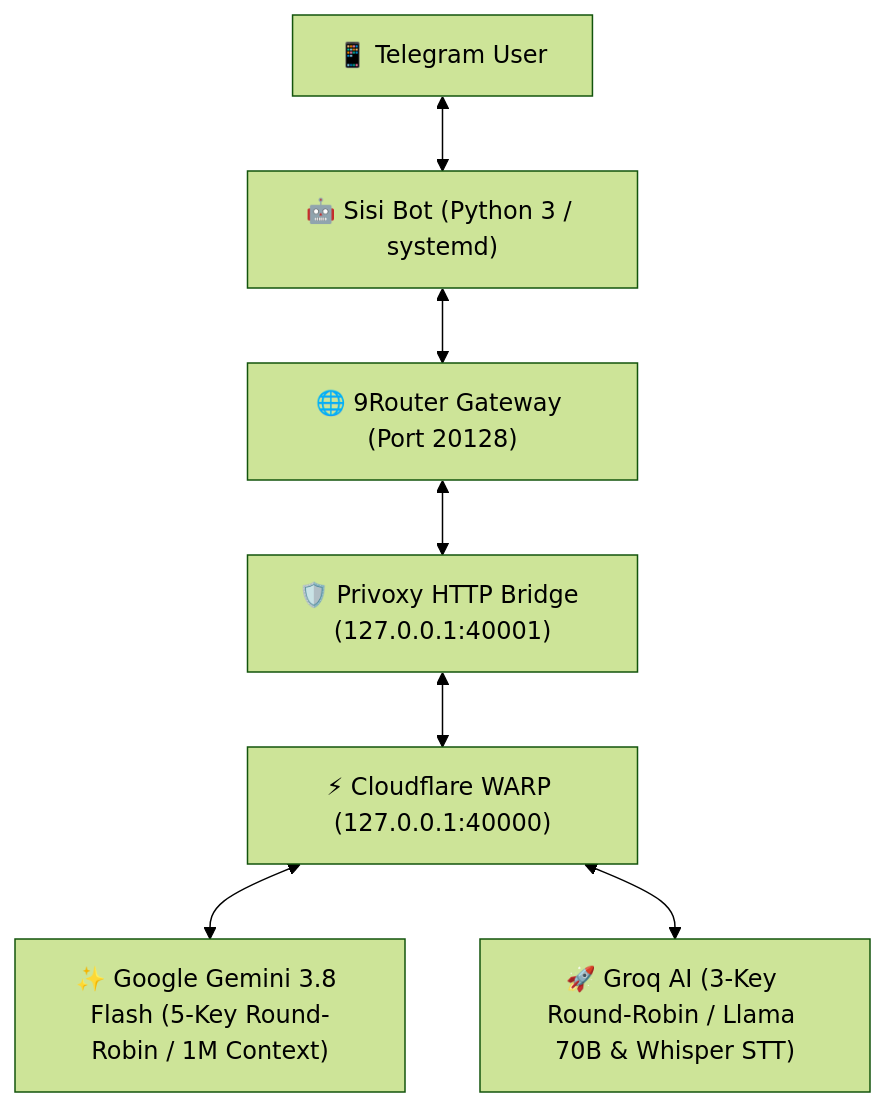
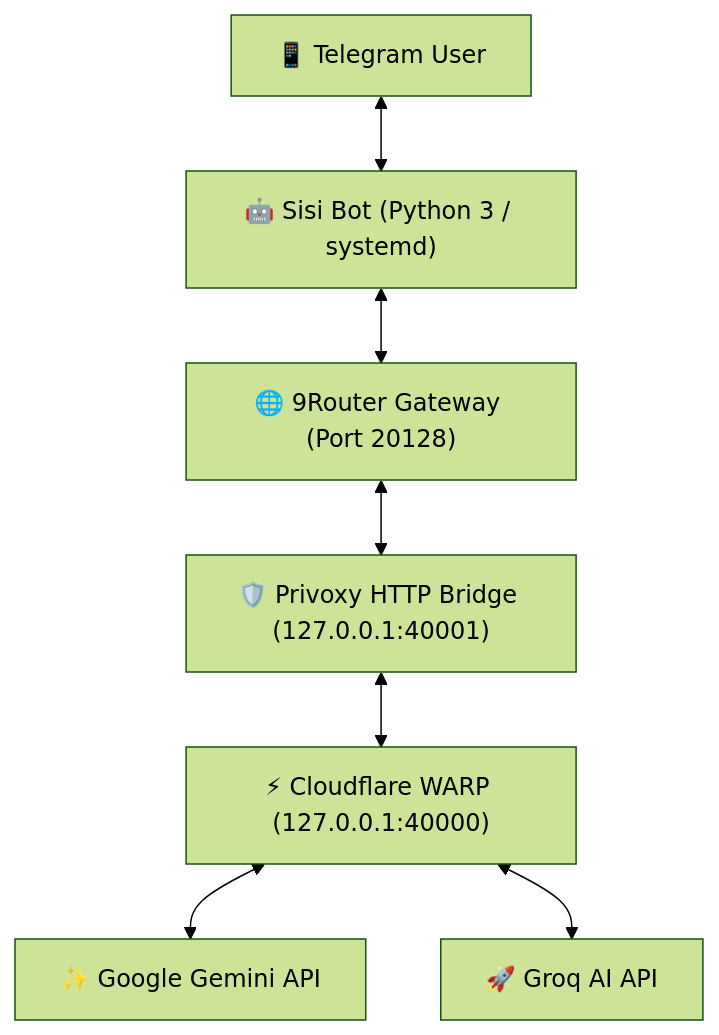
One commit to TheBanith/sisi-bot changed the diagram in README.md. Above: the diagram before and after it, drawn with Mermaid (forest theme). The commit also changed other lines of this file and 1 other file, not shown here.

Commit message:
docs: simplify architecture nodes and remove specific API key counts

````diff
--- a/README.md
+++ b/README.md
@@ -26,9 +26,9 @@
 ```mermaid
 flowchart TD
     User["📱 Telegram User"] <--> Bot["🤖 Sisi Bot (Python 3 / systemd)"]
     Bot <--> Gateway["🌐 9Router Gateway (Port 20128)"]
     Gateway <--> Privoxy["🛡️ Privoxy HTTP Bridge (127.0.0.1:40001)"]
     Privoxy <--> WARP["⚡ Cloudflare WARP (127.0.0.1:40000)"]
-    WARP <--> Gemini["✨ Google Gemini 3.8 Flash (5-Key Round-Robin / 1M Context)"]
-    WARP <--> Groq["🚀 Groq AI (3-Key Round-Robin / Llama 70B & Whisper STT)"]
+    WARP <--> Gemini["✨ Google Gemini API"]
+    WARP <--> Groq["🚀 Groq AI API"]
 ```
````
